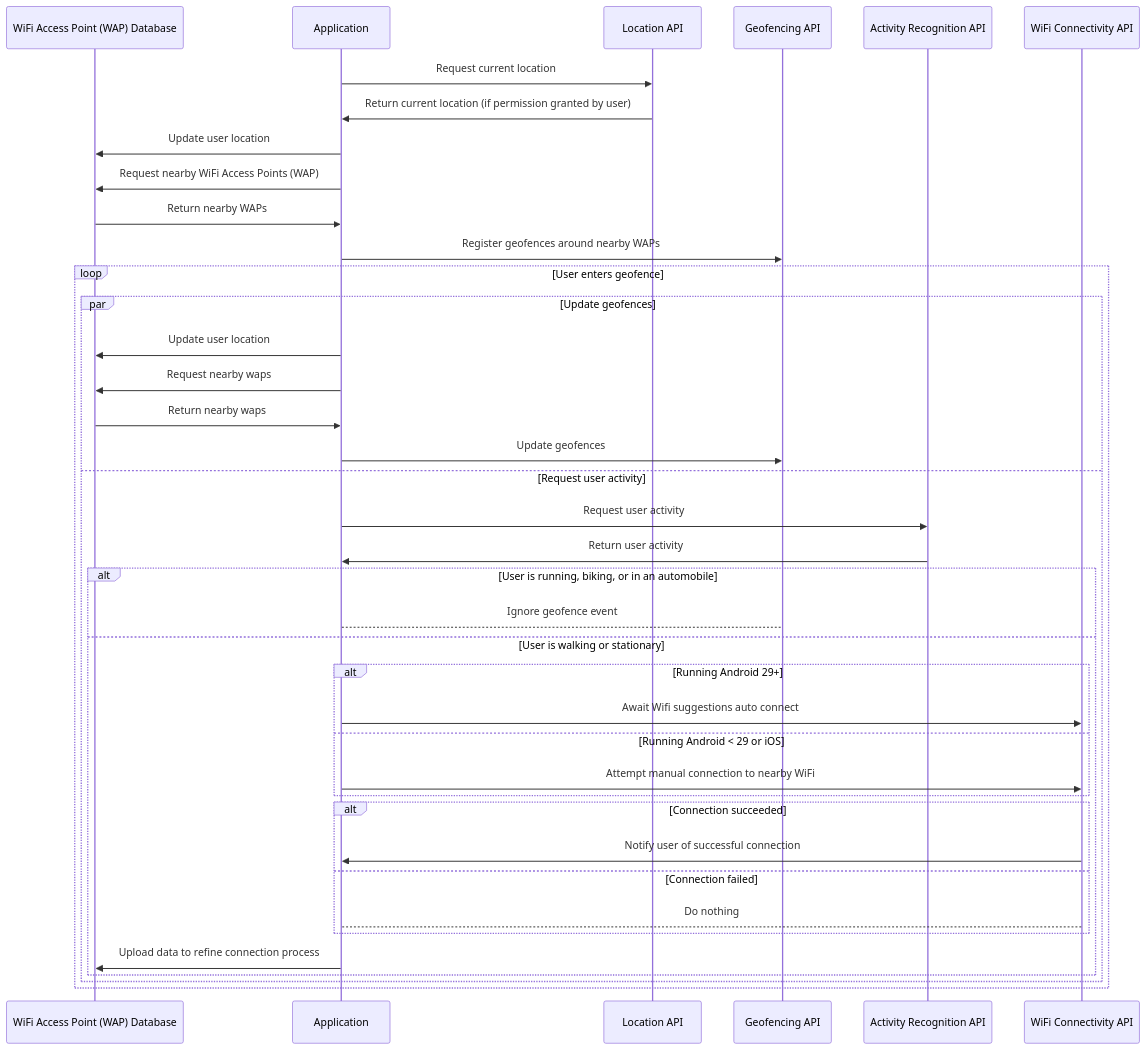
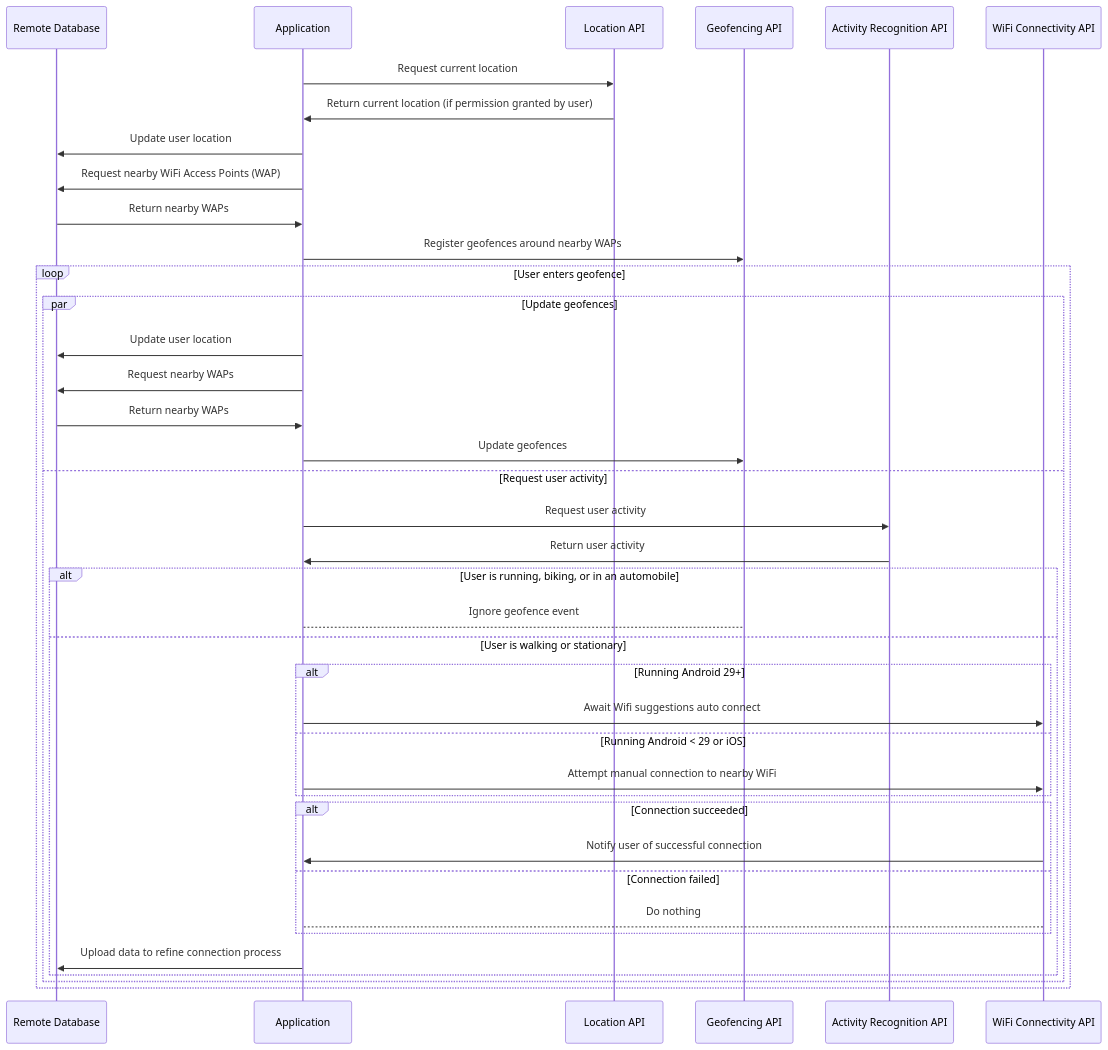
The diagram in docs/AutoConnect.md (kishangohel/App), drawn with Mermaid before and after one commit. The commit also changed 44 other files, not shown here.

````diff
--- a/docs/AutoConnect.md
+++ b/docs/AutoConnect.md
@@ -1,41 +1,41 @@
 ```mermaid
   sequenceDiagram
-    participant R as WiFi Access Point (WAP) Database
+    participant R as Remote Database
     participant A as Application
     participant L as Location API
     participant G as Geofencing API
     participant C as Activity Recognition API
     participant W as WiFi Connectivity API
     A->>L: Request current location
     L->>A: Return current location (if permission granted by user)
     A->>R: Update user location
     A->>R: Request nearby WiFi Access Points (WAP)
     R->>A: Return nearby WAPs
     A->>G: Register geofences around nearby WAPs
     loop User enters geofence
       par Update geofences
         A->>R: Update user location
-        A->>R: Request nearby waps
-        R->>A: Return nearby waps
+        A->>R: Request nearby WAPs
+        R->>A: Return nearby WAPs
         A->>G: Update geofences
       and Request user activity
         A->>C: Request user activity
         C->>A: Return user activity
         alt User is running, biking, or in an automobile
           A-->G: Ignore geofence event
         else User is walking or stationary
           alt Running Android 29+
             A->>W: Await Wifi suggestions auto connect
           else Running Android < 29 or iOS
             A->>W: Attempt manual connection to nearby WiFi
           end
           alt Connection succeeded
             W->>A: Notify user of successful connection
           else Connection failed
             W-->A: Do nothing
           end
           A->>R: Upload data to refine connection process
         end
       end
     end
 ```
````
